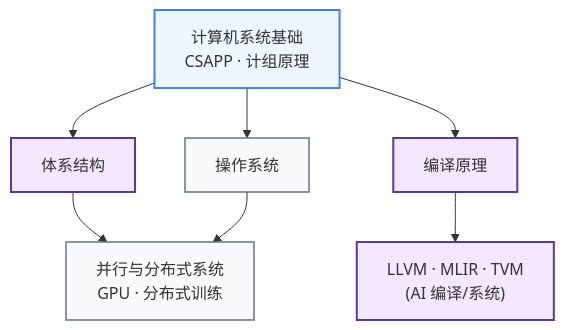
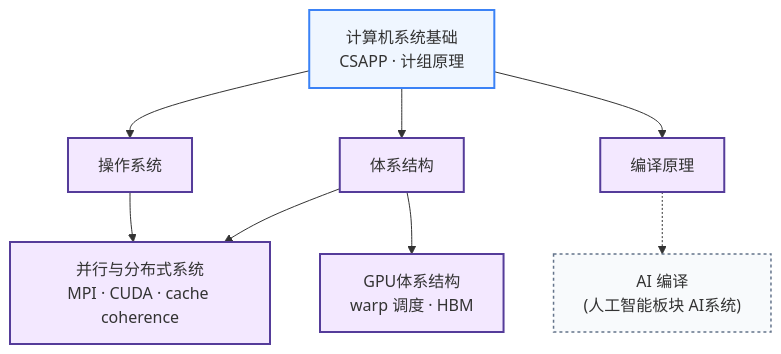
The diagram in docs/学习地图/系统架构/index.md (Crys-Chen/ic-guide), drawn with Mermaid before and after one commit. The commit also changed other lines of this file and 3 other files, not shown here.

````diff
--- a/docs/学习地图/系统架构/index.md
+++ b/docs/学习地图/系统架构/index.md
@@ -7,17 +9,17 @@
 ```mermaid
 graph TB
     A["计算机系统基础<br/>CSAPP · 计组原理"] --> B[体系结构]
     A --> C[操作系统]
     A --> D[编译原理]
-
-    B --> E["并行与分布式系统<br/>GPU · 分布式训练"]
+    B --> E["并行与分布式系统<br/>MPI · CUDA · cache coherence"]
     C --> E
-    D --> F["LLVM · MLIR · TVM<br/>(AI 编译/系统)"]
+    B --> F["GPU体系结构<br/>warp 调度 · HBM"]
+    D -.-> G["AI 编译<br/>(人工智能板块 AI系统)"]
 
     classDef base fill:#EFF6FF,stroke:#3B82F6,stroke-width:2px
     classDef arch fill:#F3E8FF,stroke:#553C9A,stroke-width:2px
-    classDef other fill:#F8FAFC,stroke:#64748B,stroke-width:1.5px
+    classDef other fill:#F8FAFC,stroke:#64748B,stroke-width:1.5px,stroke-dasharray:3 3
     class A base
-    class B,D,F arch
-    class C,E other
+    class B,C,D,E,F arch
+    class G other
 ```
````
